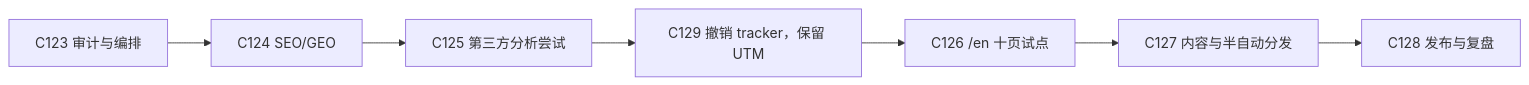
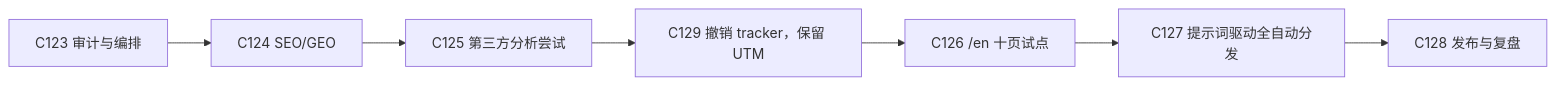
One commit to IllegalCreed/algorithms-visualization changed the diagram in docs/marketing/roadmap.md. Above: the diagram before and after it, drawn with Mermaid. The commit also changed other lines of this file and 23 other files, not shown here.

````diff
--- a/docs/marketing/roadmap.md
+++ b/docs/marketing/roadmap.md
@@ -35,9 +35,9 @@
 ```mermaid
 flowchart LR
   C123["C123 审计与编排"] --> C124["C124 SEO/GEO"]
   C124 --> C125["C125 第三方分析尝试"]
   C125 --> C129["C129 撤销 tracker，保留 UTM"]
   C129 --> C126["C126 /en 十页试点"]
-  C126 --> C127["C127 内容与半自动分发"]
+  C126 --> C127["C127 提示词驱动全自动分发"]
   C127 --> C128["C128 发布与复盘"]
 ```
````
